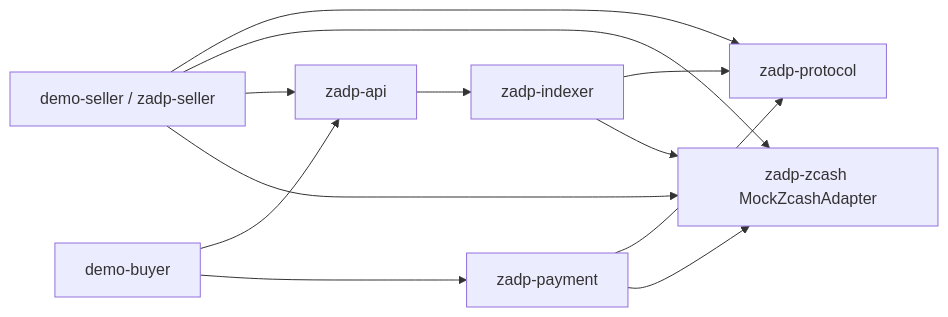
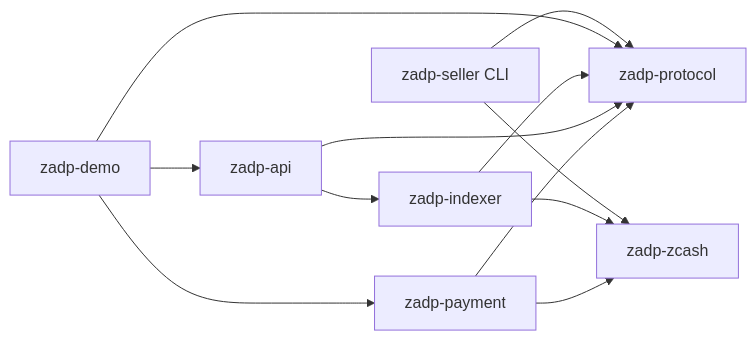
One commit to ZADP-protocol/ZADP changed the fourth of 5 diagrams in docs/architecture.md. Above: the diagram before and after it, drawn with Mermaid. The commit also changed other lines of this file and 6 other files, not shown here.

````diff
--- a/docs/architecture.md
+++ b/docs/architecture.md
@@ -46,22 +87,22 @@
 ```mermaid
 flowchart LR
-  DemoSeller[demo-seller / zadp-seller]
-  DemoBuyer[demo-buyer]
-  API[zadp-api]
+  SellerCli[zadp-seller CLI]
+  Demo[zadp-demo]
+  Api[zadp-api]
   Indexer[zadp-indexer]
   Payment[zadp-payment]
   Protocol[zadp-protocol]
-  Zcash[zadp-zcash MockZcashAdapter]
+  Zcash[zadp-zcash]
 
-  DemoSeller --> Protocol
-  DemoSeller --> Zcash
-  DemoSeller --> API
+  SellerCli --> Protocol
+  SellerCli --> Zcash
+  Demo --> Api
+  Demo --> Payment
+  Demo --> Protocol
   Indexer --> Protocol
   Indexer --> Zcash
-  API --> Indexer
-  DemoBuyer --> API
-  DemoBuyer --> Payment
+  Api --> Indexer
+  Api --> Protocol
   Payment --> Protocol
   Payment --> Zcash
-  DemoSeller --> Zcash
 ```
````
